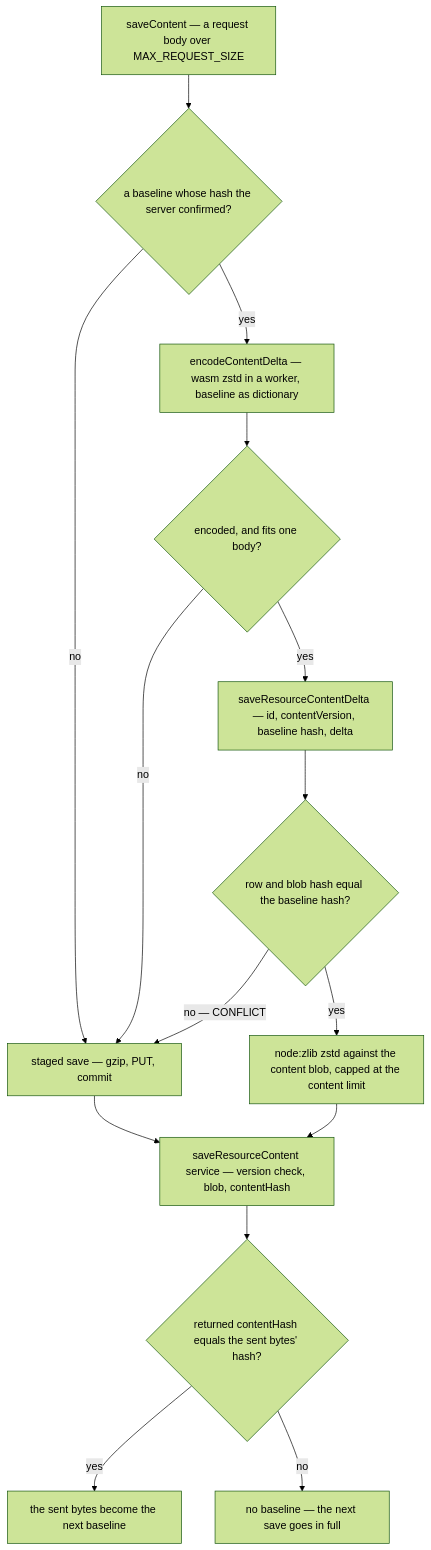
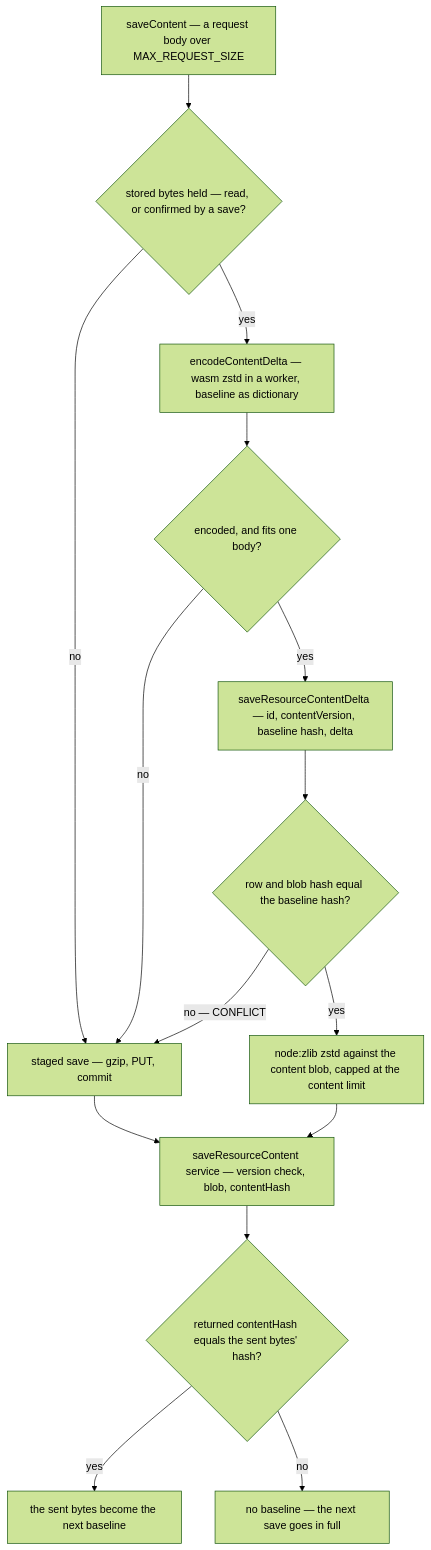
The diagram in apps/web/content/docs/resource/delta-content-saves.md (Esposter/Esposter), drawn with Mermaid (forest theme) before and after one commit. The commit also changed other lines of this file and 23 other files, not shown here.

````diff
--- a/apps/web/content/docs/resource/delta-content-saves.md
+++ b/apps/web/content/docs/resource/delta-content-saves.md
@@ -12,17 +12,17 @@
 ```mermaid
 flowchart TD
-  save["saveContent — a request body over MAX_REQUEST_SIZE"] --> held{"a baseline whose hash the server confirmed?"}
+  save["saveContent — a request body over MAX_REQUEST_SIZE"] --> held{"stored bytes held — read, or confirmed by a save?"}
   held -->|no| staged["staged save — gzip, PUT, commit"]
   held -->|yes| encode["encodeContentDelta — wasm zstd in a worker, baseline as dictionary"]
   encode --> fits{"encoded, and fits one body?"}
   fits -->|no| staged
   fits -->|yes| commit["saveResourceContentDelta — id, contentVersion, baseline hash, delta"]
   commit --> match{"row and blob hash equal the baseline hash?"}
   match -->|"no — CONFLICT"| staged
   match -->|yes| decode["node:zlib zstd against the content blob, capped at the content limit"]
   decode --> door["saveResourceContent service — version check, blob, contentHash"]
   staged --> door
   door --> confirm{"returned contentHash equals the sent bytes' hash?"}
   confirm -->|yes| keep["the sent bytes become the next baseline"]
   confirm -->|no| drop["no baseline — the next save goes in full"]
 ```
````
